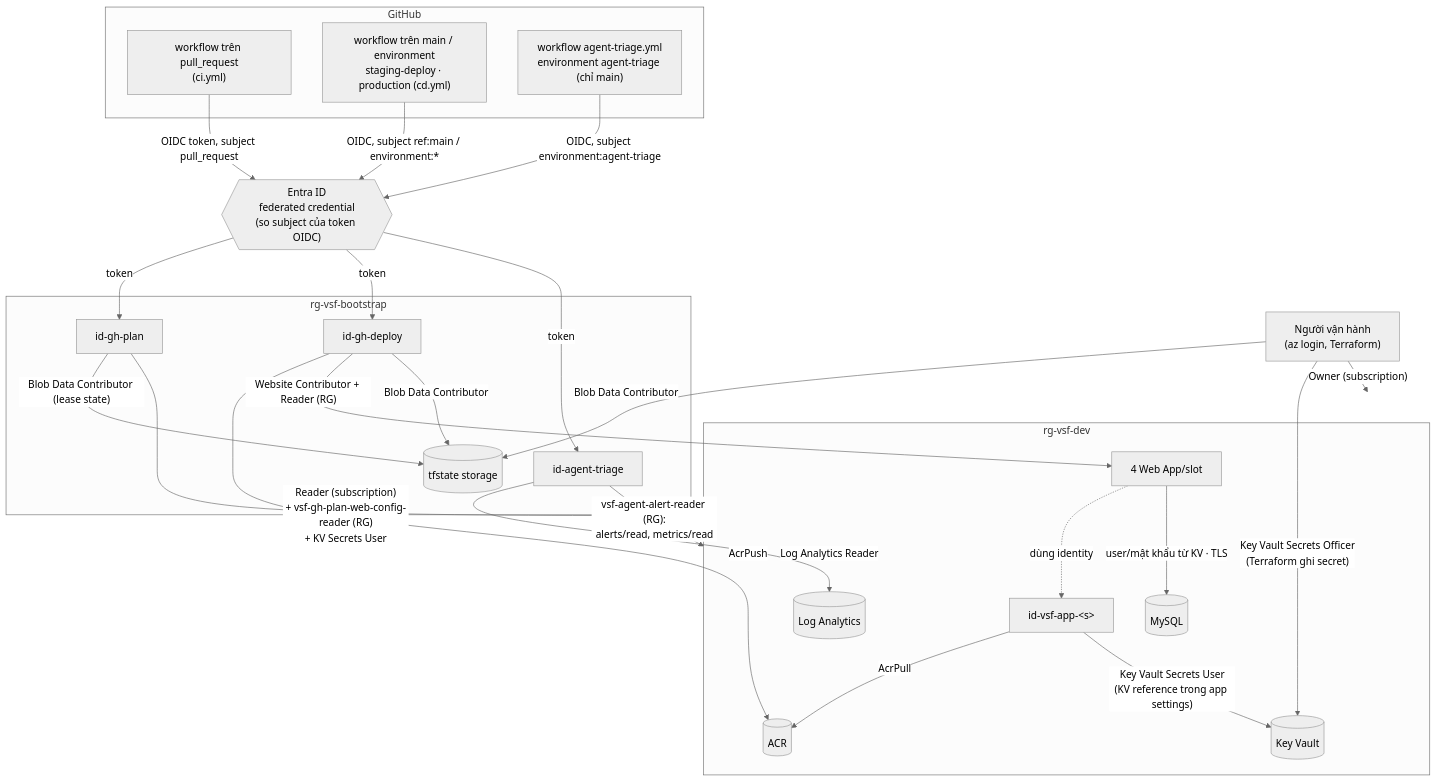
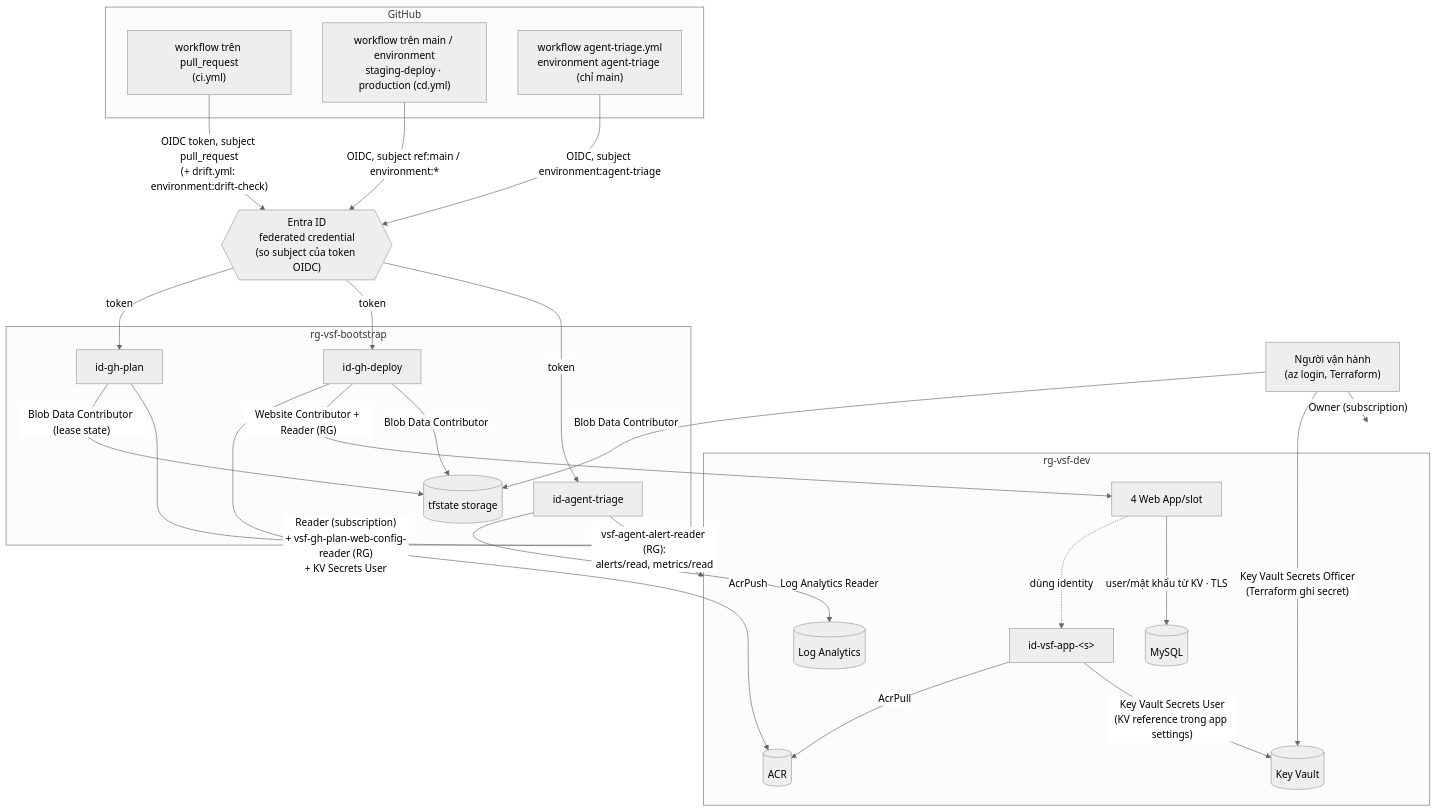
The second of 3 diagrams in architecture.md (lam3082004/devops_vsf), drawn with Mermaid (neutral theme) before and after one commit. The commit also changed other lines of this file and 13 other files, not shown here.

````diff
--- a/architecture.md
+++ b/architecture.md
@@ -72,46 +72,46 @@
 ```mermaid
 flowchart TB
     subgraph GitHub
       PR["workflow trên pull_request<br/>(ci.yml)"]
       MAIN["workflow trên main / environment<br/>staging-deploy · production (cd.yml)"]
       AG["workflow agent-triage.yml<br/>environment agent-triage (chỉ main)"]
     end
     ENTRA{{"Entra ID<br/>federated credential<br/>(so subject của token OIDC)"}}
     subgraph Bootstrap["rg-vsf-bootstrap"]
       IPLAN["id-gh-plan"]
       IDEP["id-gh-deploy"]
       IAG["id-agent-triage"]
       ST[("tfstate storage")]
     end
     subgraph Dev["rg-vsf-dev"]
       MI["id-vsf-app-&lt;s&gt;"]
       APPS["4 Web App/slot"]
       ACR[("ACR")]
       KV[("Key Vault")]
       LAW[("Log Analytics")]
       DB[("MySQL")]
     end
     OP["Người vận hành<br/>(az login, Terraform)"]
 
-    PR -- "OIDC token, subject pull_request" --> ENTRA
+    PR -- "OIDC token, subject pull_request<br/>(+ drift.yml: environment:drift-check)" --> ENTRA
     MAIN -- "OIDC, subject ref:main / environment:*" --> ENTRA
     AG -- "OIDC, subject environment:agent-triage" --> ENTRA
     ENTRA -- "token" --> IPLAN & IDEP & IAG
 
     IPLAN -- "Reader (subscription)<br/>+ vsf-gh-plan-web-config-reader (RG)<br/>+ KV Secrets User" --> Dev
     IPLAN -- "Blob Data Contributor (lease state)" --> ST
     IDEP -- "AcrPush" --> ACR
     IDEP -- "Website Contributor + Reader (RG)" --> APPS
     IDEP -- "Blob Data Contributor" --> ST
     IAG -- "Log Analytics Reader" --> LAW
     IAG -- "vsf-agent-alert-reader (RG):<br/>alerts/read, metrics/read" --> Dev
 
     APPS -. "dùng identity" .-> MI
     MI -- "AcrPull" --> ACR
     MI -- "Key Vault Secrets User<br/>(KV reference trong app settings)" --> KV
     APPS -- "user/mật khẩu từ KV · TLS" --> DB
 
     OP -- "Owner (subscription)" --> Dev
     OP -- "Key Vault Secrets Officer<br/>(Terraform ghi secret)" --> KV
     OP -- "Blob Data Contributor" --> ST
 ```
````
